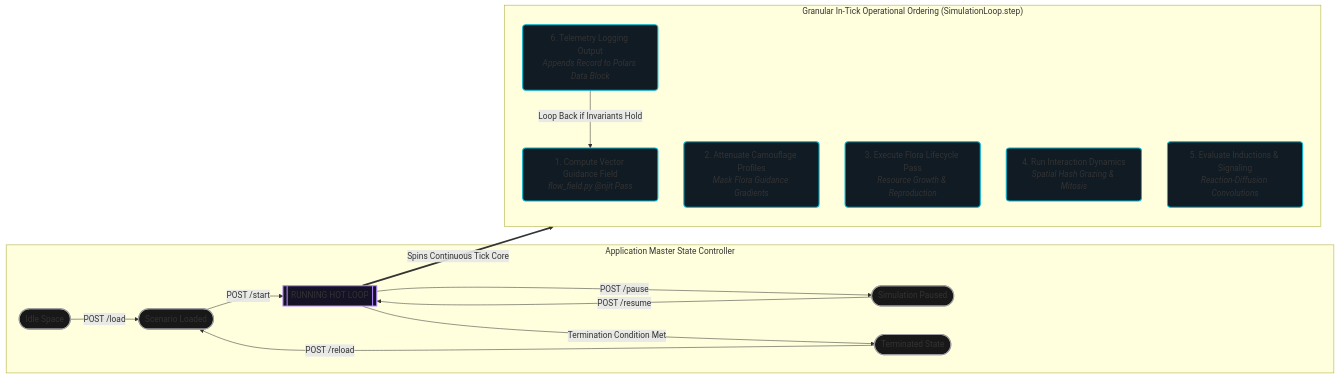
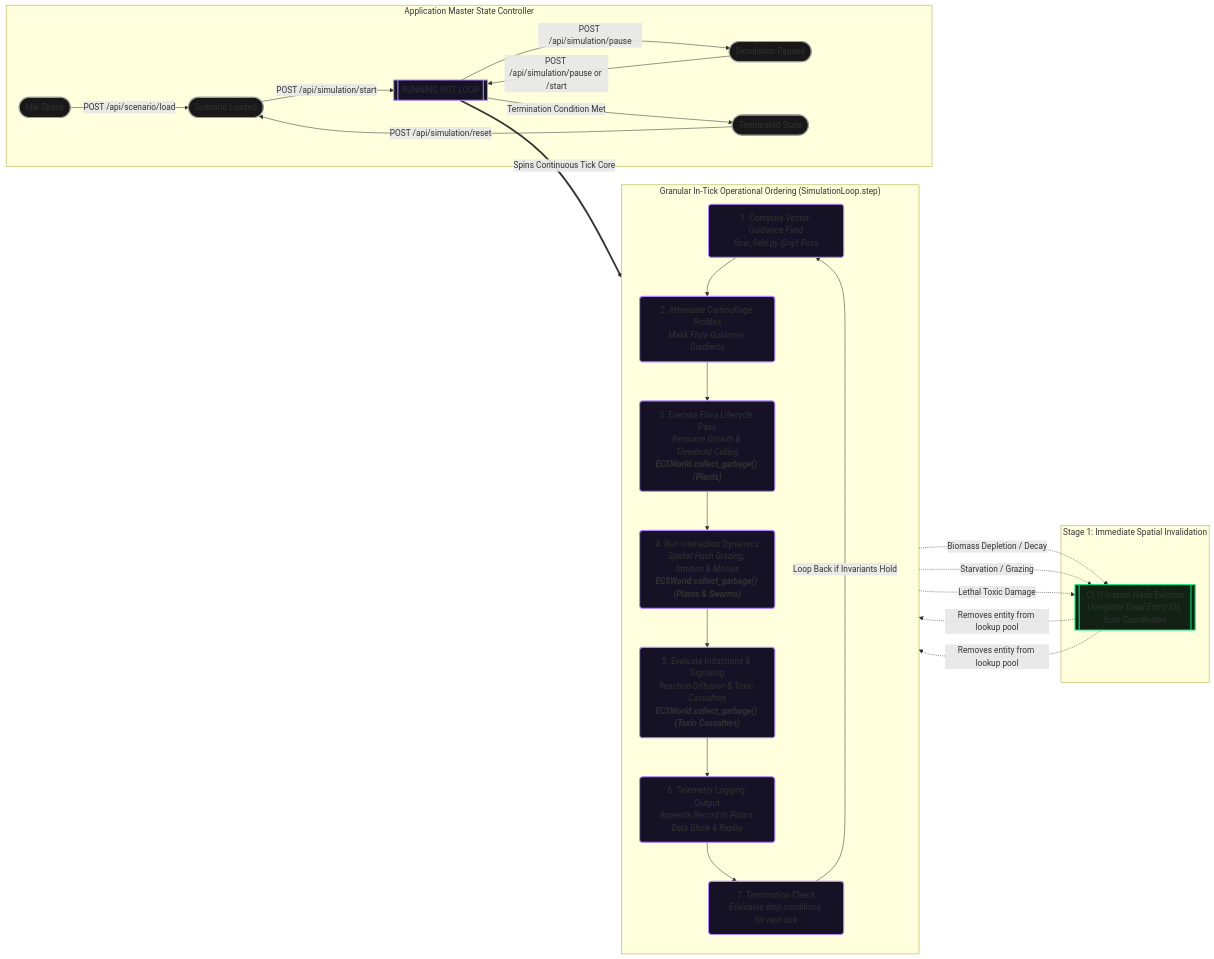
Before and after one commit to foersben/PHIDS: the diagram in docs/technical_architecture/engine_execution.md, drawn with Mermaid. The commit also changed other lines of this file and 6 other files, not shown here.

````diff
--- a/docs/technical_architecture/engine_execution.md
+++ b/docs/technical_architecture/engine_execution.md
@@ -36,36 +37,55 @@
 ```mermaid
 flowchart LR
     %% External Application States
     subgraph App_Control ["Application Master State Controller"]
-        Idle(["Idle Space"]) -->|POST /load| Loaded(["Scenario Loaded"])
-        Loaded -->|POST /start| Running[["RUNNING HOT LOOP"]]
-        Running -->|POST /pause| Paused(["Simulation Paused"])
-        Paused -->|POST /resume| Running
+        Idle(["Idle Space"]) -->|POST /api/scenario/load| Loaded(["Scenario Loaded"])
+        Loaded -->|POST /api/simulation/start| Running[["RUNNING HOT LOOP"]]
+        Running -->|POST /api/simulation/pause| Paused(["Simulation Paused"])
+        Paused -->|POST /api/simulation/pause or /start| Running
         Running -->|Termination Condition Met| Terminated(["Terminated State"])
-        Terminated -->|POST /reload| Loaded
+        Terminated -->|POST /api/simulation/reset| Loaded
     end
 
     %% Internal Hot Loop Pass Execution
     subgraph Loop_Step ["Granular In-Tick Operational Ordering (SimulationLoop.step)"]
         direction TB
-        S1["1. Compute Vector Guidance Field<br><i>flow_field.py @njit Pass</i>"]
-        S2["2. Attenuate Camouflage Profiles<br><i>Mask Flora Guidance Gradients</i>"]
-        S3["3. Execute Flora Lifecycle Pass<br><i>Resource Growth & Reproduction</i>"]
-        S4["4. Run Interaction Dynamics<br><i>Spatial Hash Grazing & Mitosis</i>"]
-        S5["5. Evaluate Inductions & Signaling<br><i>Reaction-Diffusion Convolutions</i>"]
-        S6["6. Telemetry Logging Output<br><i>Appends Record to Polars Data Block</i>"]
+        S1["1. Compute Vector Guidance Field<br><i>flow_field.py @njit Pass</i>"] --> S2
+        S2["2. Attenuate Camouflage Profiles<br><i>Mask Flora Guidance Gradients</i>"] --> S3
+        
+        S3["3. Execute Flora Lifecycle Pass<br><i>Resource Growth & Threshold Culling<br><b>ECSWorld.collect_garbage() (Plants)</b></i>"] --> S4
+        S4["4. Run Interaction Dynamics<br><i>Spatial Hash Grazing, Attrition & Mitosis<br><b>ECSWorld.collect_garbage() (Plants & Swarms)</b></i>"] --> S5
+        S5["5. Evaluate Inductions & Signaling<br><i>Reaction-Diffusion & Toxic Casualties<br><b>ECSWorld.collect_garbage() (Toxin Casualties)</b></i>"] --> S6
+        
+        S6["6. Telemetry Logging Output<br><i>Appends Record to Polars Data Block & Replay</i>"] --> S7
+        S7["7. Termination Check<br><i>Evaluates stop conditions for next tick</i>"]
     end
+
+    %% Immediate Mid-Tick Eviction Substrate
+    subgraph Spatial_Hash_Substrate ["Stage 1: Immediate Spatial Invalidation"]
+        SH_Evict[["O(1) Instant Hash Eviction<br><i>Unregister Dead Entity IDs from Coordinates</i>"]]
+    end
+
+    %% Mid-tick death trigger hooks linking to immediate eviction
+    S3 -.->|Biomass Depletion / Decay| SH_Evict
+    S4 -.->|Starvation / Grazing| SH_Evict
+    S5 -.->|Lethal Toxic Damage| SH_Evict
+
+    %% Eviction loop effects bypassing subsequent system phases
+    SH_Evict -.->|Removes entity from lookup pool| S4
+    SH_Evict -.->|Removes entity from lookup pool| S5
 
     %% Causal Link to Engine Core
     Running ==>|Spins Continuous Tick Core| S1
-    S6 -->|Loop Back if Invariants Hold| S1
+    S7 -->|Loop Back if Invariants Hold| S1
 
     %% Class Allocations
     classDef peripheral fill:#181818,stroke:#9e9e9e,stroke-width:2px,rx:6px,ry:6px;
     classDef coreSys fill:#141224,stroke:#b388ff,stroke-width:2px,rx:6px,ry:6px;
     classDef stateData fill:#111b24,stroke:#00b8d4,stroke-width:2px,rx:6px,ry:6px;
+    classDef hazard fill:#1c1212,stroke:#ff5252,stroke-width:2px,rx:6px,ry:6px;
+    classDef shortcut fill:#112214,stroke:#00e676,stroke-width:2px,rx:6px,ry:6px;
 
     class Idle,Loaded,Paused,Terminated peripheral
-    class Running coreSys
-    class S1,S2,S3,S4,S5,S6 stateData
+    class Running,S1,S2,S3,S4,S5,S6,S7 coreSys
+    class SH_Evict shortcut
 ```
````
